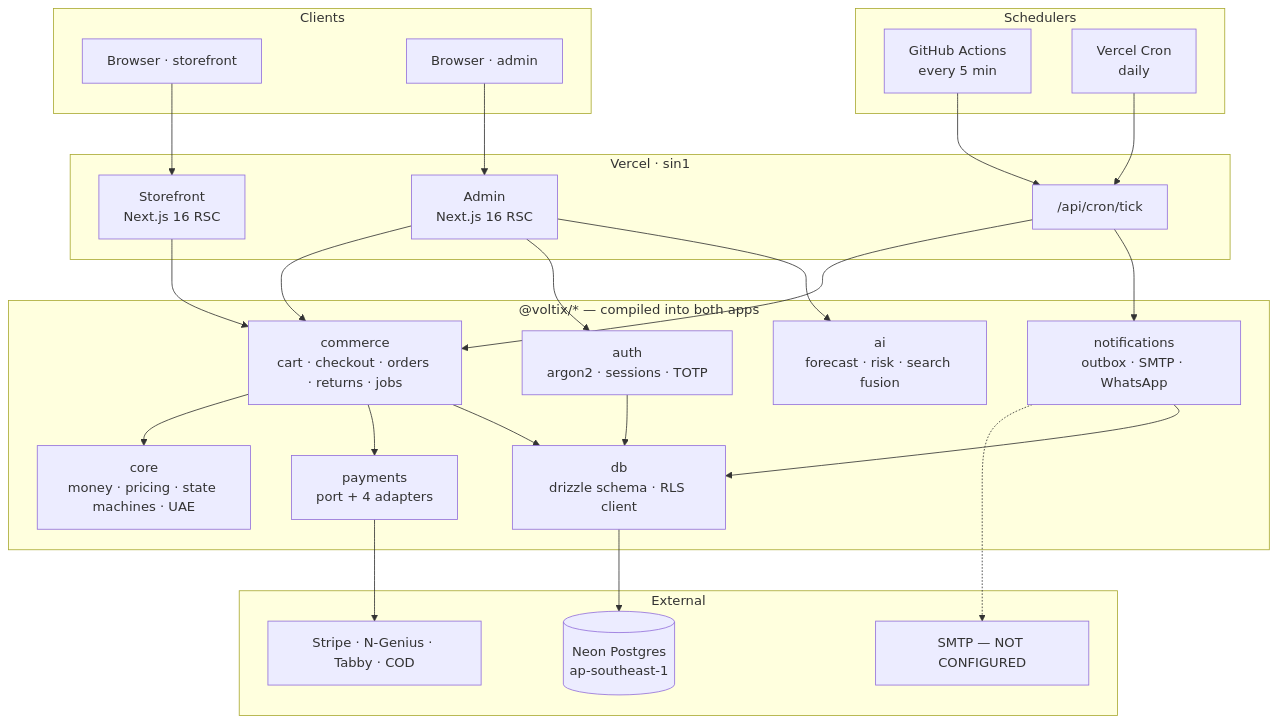
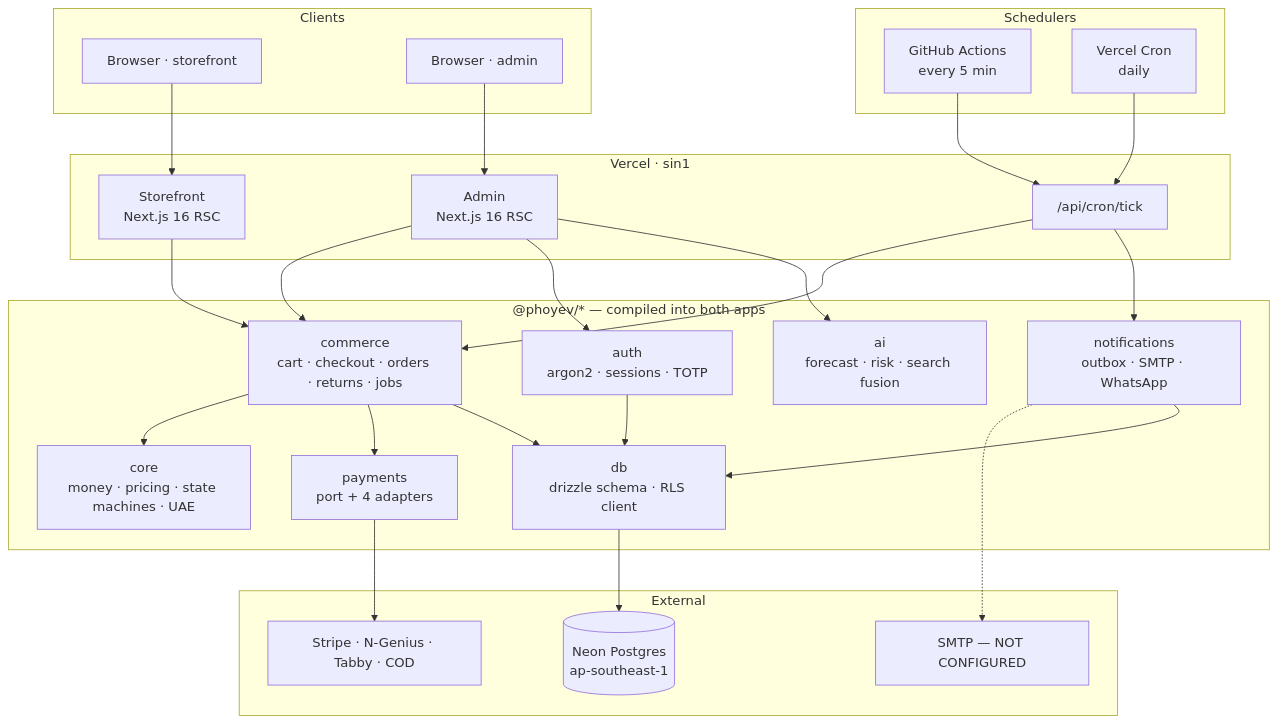
The fifth of 6 diagrams in docs/PRODUCT-TECHNICAL-MASTER.md (jmmohiuddin/AI-powered-e-commerce-platform), drawn with Mermaid before and after one commit. The commit also changed other lines of this file and 513 other files, not shown here.

````diff
--- a/docs/PRODUCT-TECHNICAL-MASTER.md
+++ b/docs/PRODUCT-TECHNICAL-MASTER.md
@@ -616,40 +616,40 @@
 ```mermaid
 graph TB
     subgraph Clients
         B[Browser · storefront]
         A[Browser · admin]
     end
     subgraph Vercel["Vercel · sin1"]
         SF[Storefront<br/>Next.js 16 RSC]
         AD[Admin<br/>Next.js 16 RSC]
         CR["/api/cron/tick"]
     end
     subgraph Schedulers
         GH[GitHub Actions<br/>every 5 min]
         VC[Vercel Cron<br/>daily]
     end
-    subgraph Packages["@voltix/* — compiled into both apps"]
+    subgraph Packages["@phoyev/* — compiled into both apps"]
         CORE[core<br/>money · pricing · state machines · UAE]
         COM[commerce<br/>cart · checkout · orders · returns · jobs]
         PAY[payments<br/>port + 4 adapters]
         AUTH[auth<br/>argon2 · sessions · TOTP]
         NOT[notifications<br/>outbox · SMTP · WhatsApp]
         AIP[ai<br/>forecast · risk · search fusion]
         DB[db<br/>drizzle schema · RLS client]
     end
     subgraph External
         NEON[(Neon Postgres<br/>ap-southeast-1)]
         SMTP[SMTP — NOT CONFIGURED]
         GW[Stripe · N-Genius · Tabby · COD]
     end
     B --> SF
     A --> AD
     GH --> CR
     VC --> CR
     SF & AD & CR --> COM --> CORE
     COM --> PAY --> GW
     AD --> AUTH
     CR --> NOT -.-> SMTP
     COM & AUTH & NOT --> DB --> NEON
     AD --> AIP
 ```
````
